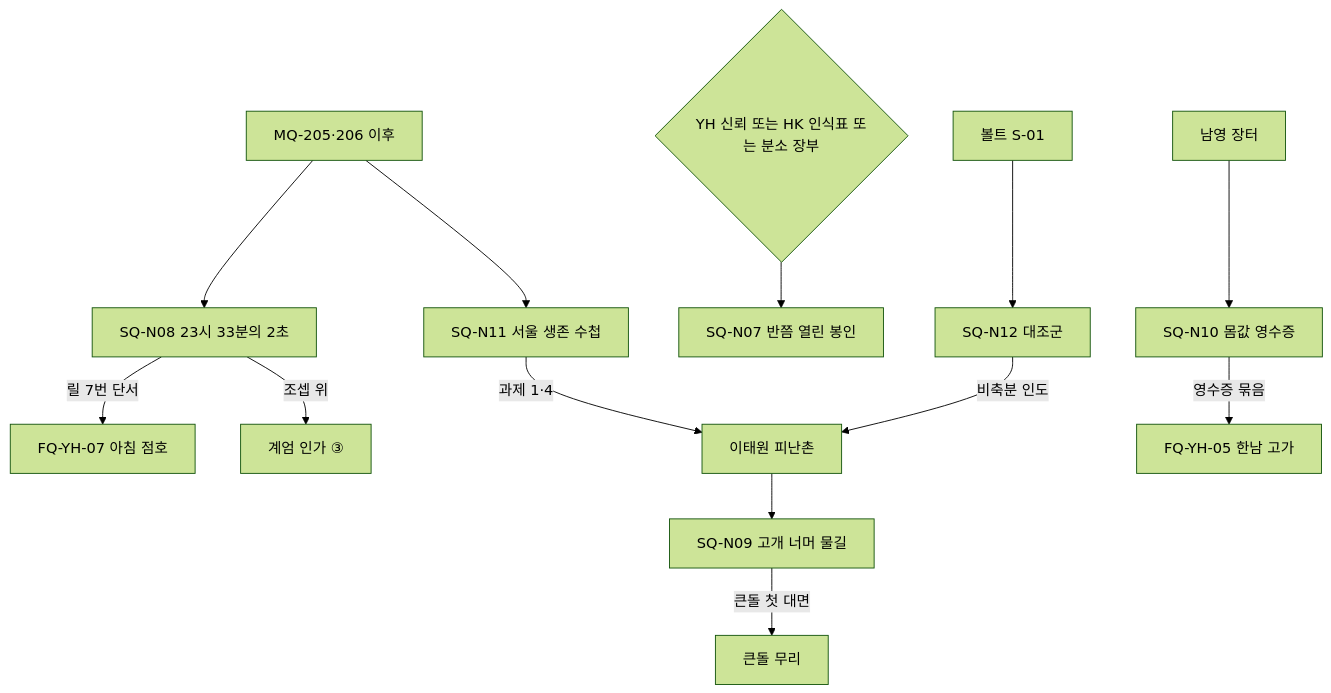
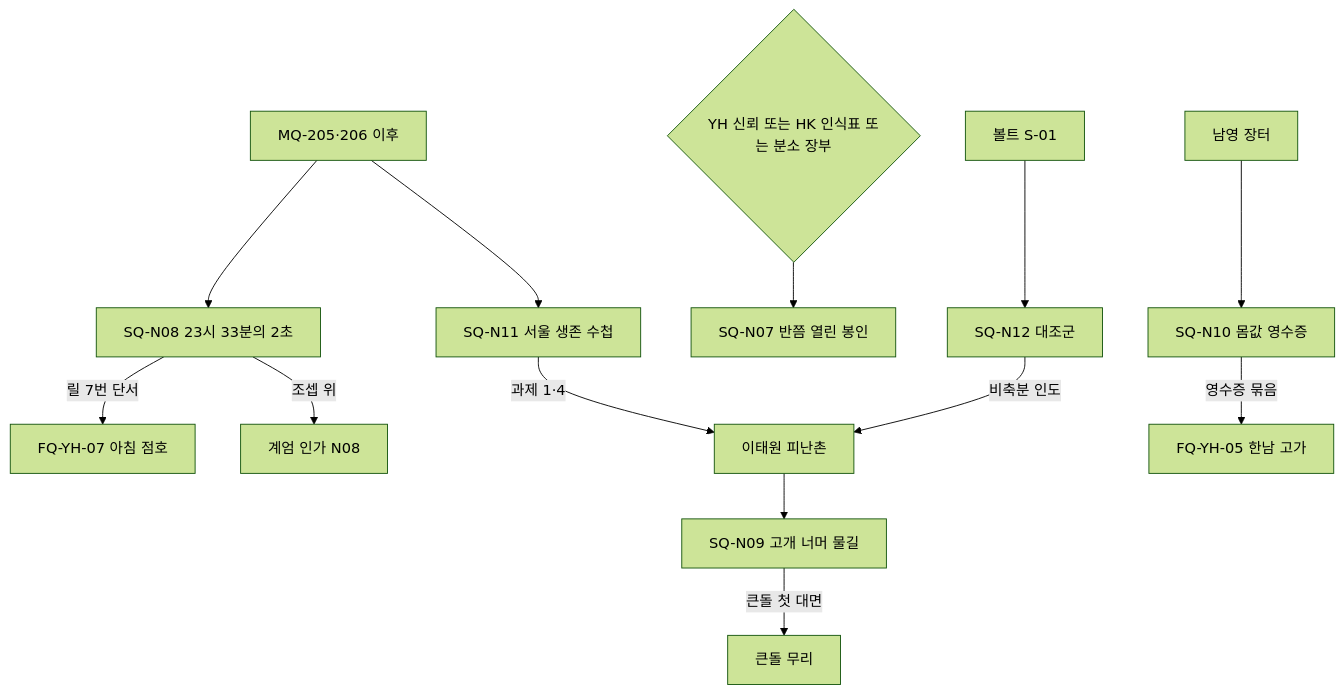
One commit to forsurvive/003 changed the fourth of 7 diagrams in docs/seoul-fallout/04c_side-quests-north-east-center.md. Above: the diagram before and after it, drawn with Mermaid (forest theme). The commit also changed other lines of this file and 21 other files, not shown here.

````diff
--- a/docs/seoul-fallout/04c_side-quests-north-east-center.md
+++ b/docs/seoul-fallout/04c_side-quests-north-east-center.md
@@ -700,15 +700,15 @@
 ```mermaid
 flowchart TD
   R206["MQ-205·206 이후"] --> N08["SQ-N08 23시 33분의 2초"]
   R206 --> N11["SQ-N11 서울 생존 수첩"]
   N08 -->|"릴 7번 단서"| FQYH07["FQ-YH-07 아침 점호"]
-  N08 -->|"조셉 위"| P2["계엄 인가 ③"]
+  N08 -->|"조셉 위"| P2["계엄 인가 N08"]
   YHT{"YH 신뢰 또는 HK 인식표 또는 분소 장부"} --> N07["SQ-N07 반쯤 열린 봉인"]
   IT["이태원 피난촌"] --> N09["SQ-N09 고개 너머 물길"]
   N09 -->|"큰돌 첫 대면"| KD["큰돌 무리"]
   NY["남영 장터"] --> N10["SQ-N10 몸값 영수증"]
   N10 -->|"영수증 묶음"| FQYH05["FQ-YH-05 한남 고가"]
   S01["볼트 S-01"] --> N12["SQ-N12 대조군"]
   N11 -->|"과제 1·4"| IT
   N12 -->|"비축분 인도"| IT
 ```
````
